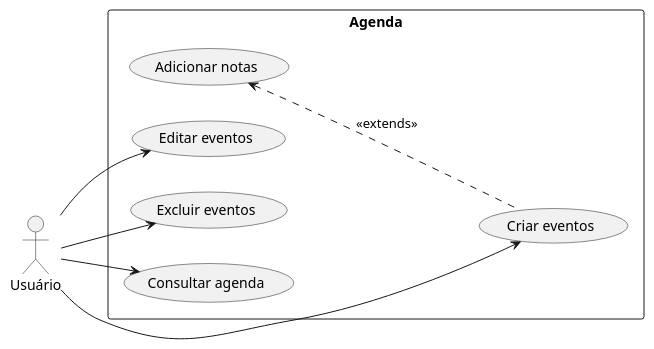
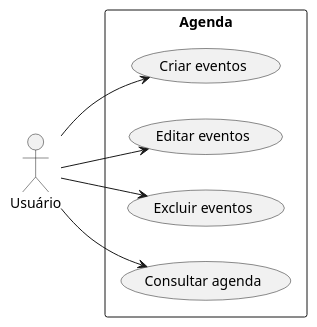
One commit to ldnora/ihc-pgbd changed the diagram in documentacao_do_projeto/demandas_do_usuario/casos_de_uso.plantuml. Above: the diagram before and after it, drawn with PlantUML. The commit also changed 18 other files, not shown here.

```diff
--- a/documentacao_do_projeto/demandas_do_usuario/casos_de_uso.plantuml
+++ b/documentacao_do_projeto/demandas_do_usuario/casos_de_uso.plantuml
@@ -1,23 +1,17 @@
 @startuml agenda
-
 left to right direction
 
 actor "Usuário" as user 
 
 rectangle Agenda {
-  usecase "Adicionar notas" as nota
-
   usecase "Criar eventos" as criar
   usecase "Editar eventos" as editar
   usecase "Excluir eventos" as excluir 
   usecase "Consultar agenda" as ca
 }
 
-nota <-.- criar : <<extends>> 
-
 user --> criar
 user --> editar
 user --> excluir
 user --> ca
-
 @enduml
```
